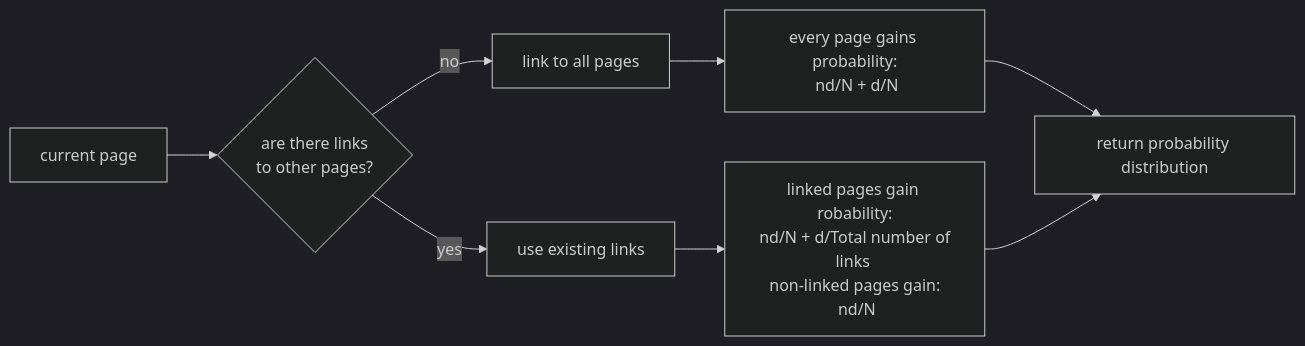
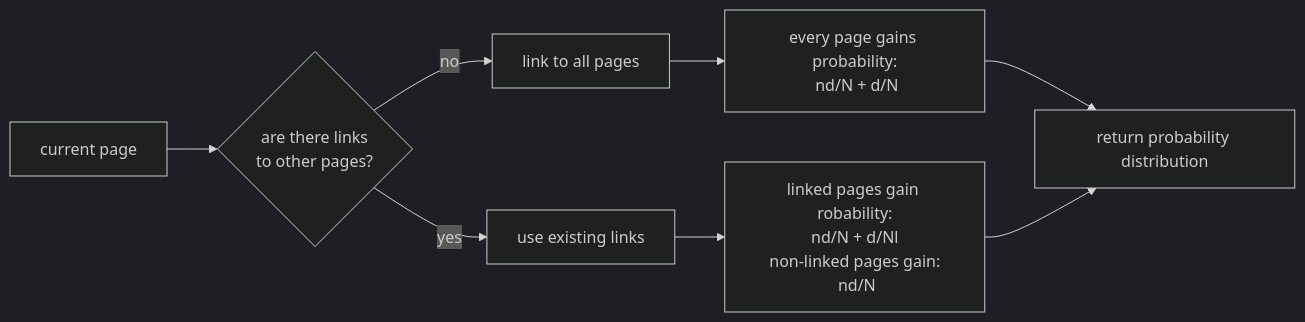
The third of 6 diagrams in week2/README.md (zihanshen0112-collab/CS50AI), drawn with Mermaid (dark theme) before and after one commit. The commit also changed other lines of this file, not shown here.

````diff
--- a/week2/README.md
+++ b/week2/README.md
@@ -140,12 +143,12 @@
 ```mermaid
 flowchart LR
     A[current page] --> B{are there links<br>to other pages?}
     B -->|no| C[link to all pages]
     B -->|yes| D[use existing links]
 
     C --> E[every page gains probability:<br> nd/N + d/N]
-    D --> F[linked pages gain robability:<br> nd/N + d/Total number of links <br>non-linked pages gain:<br> nd/N]
+    D --> F[linked pages gain robability:<br> nd/N + d/Nl <br>non-linked pages gain:<br> nd/N]
 
     E --> G[return probability distribution]
     F --> G
 ```
````
